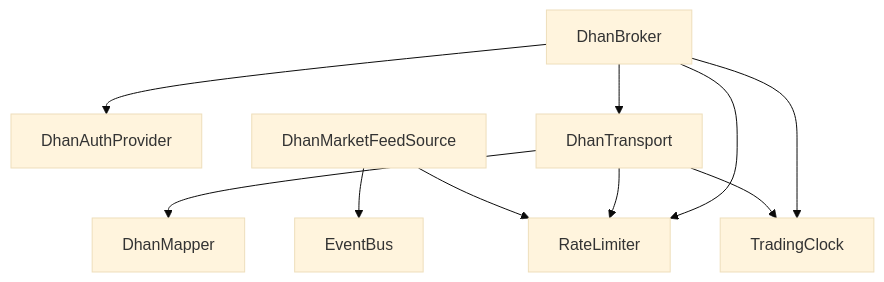
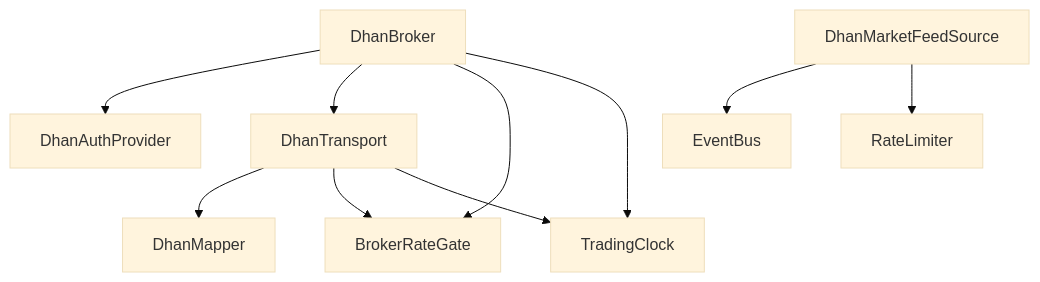
Before and after one commit to Ganesh-Kusundal/nTrade: diagram 12 of 12 in .qoder/repowiki/en/content/Broker Integration/Transport Layer & Connectivity.md, drawn with Mermaid (base theme). The commit also changed other lines of this file and 203 other files, not shown here.

First line of the commit message:
review findings sweep: depth retry, LTP failure guard, stale-refresh fix, rate-gate blocked heuristic

````diff
--- a/.qoder/repowiki/en/content/Broker Integration/Transport Layer & Connectivity.md
+++ b/.qoder/repowiki/en/content/Broker Integration/Transport Layer & Connectivity.md
@@ -597,12 +686,12 @@
 ```mermaid
 graph TB
 DB["DhanBroker"] --> AP["DhanAuthProvider"]
 DB --> DT["DhanTransport"]
-DB --> RL["RateLimiter"]
+DB --> BRG["BrokerRateGate"]
 DT --> DM["DhanMapper"]
-DT --> RL
+DT --> BRG
 DF["DhanMarketFeedSource"] --> EB["EventBus"]
-DF --> RL
+DF --> RL["RateLimiter"]
 DB --> CL["TradingClock"]
 DT --> CL
 ```
````
